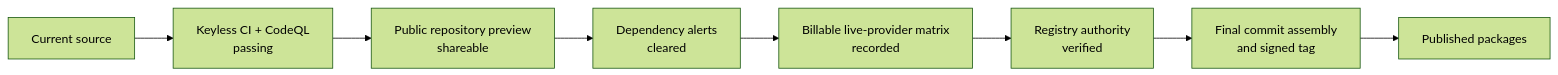
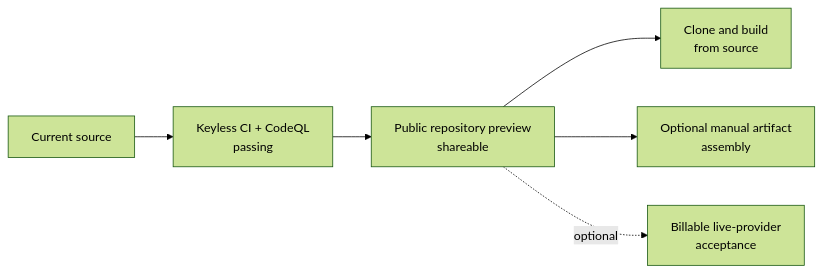
One commit to matakartal/aikit-runtime changed the diagram in docs/PROJECT-STATUS.md. Above: the diagram before and after it, drawn with Mermaid (forest theme). The commit also changed other lines of this file and 24 other files, not shown here.

````diff
--- a/docs/PROJECT-STATUS.md
+++ b/docs/PROJECT-STATUS.md
@@ -31,10 +27,8 @@
 ```mermaid
 flowchart LR
     SRC[Current source] --> CI[Keyless CI + CodeQL<br/>passing]
     CI --> SHARE[Public repository preview<br/>shareable]
-    SHARE --> DEP[Dependency alerts<br/>cleared]
-    DEP --> LIVE[Billable live-provider matrix<br/>recorded]
-    LIVE --> AUTH[Registry authority<br/>verified]
-    AUTH --> ASM[Final commit assembly<br/>and signed tag]
-    ASM --> RELEASE[Published packages]
+    SHARE --> LOCAL[Clone and build<br/>from source]
+    SHARE --> ASM[Optional manual artifact<br/>assembly]
+    SHARE -. optional .-> LIVE[Billable live-provider<br/>acceptance]
 ```
````
